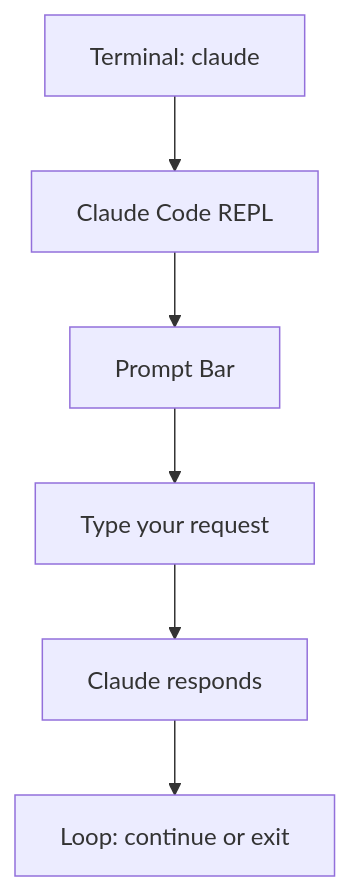
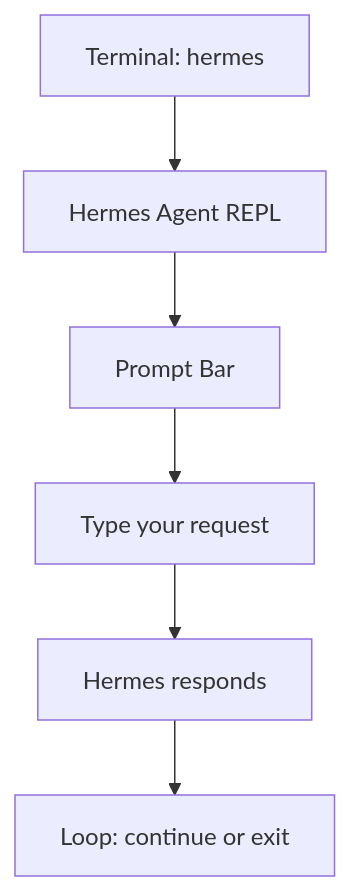
One commit to 1234567mm/hermes-howto changed the first of 2 diagrams in 01-quickstart/first-conversation.md. Above: the diagram before and after it, drawn with Mermaid. The commit also changed other lines of this file and 57 other files, not shown here.

First line of the commit message:
refactor: Complete Hermes Agent branding and self-testing infrastructure

````diff
--- a/01-quickstart/first-conversation.md
+++ b/01-quickstart/first-conversation.md
@@ -20,8 +20,8 @@
 ```mermaid
 graph TD
-    A["Terminal: claude"] --> B["Claude Code REPL"]
+    A["Terminal: hermes"] --> B["Hermes Agent REPL"]
     B --> C["Prompt Bar"]
     C --> D["Type your request"]
-    D --> E["Claude responds"]
+    D --> E["Hermes responds"]
     E --> F["Loop: continue or exit"]
 ```
````
